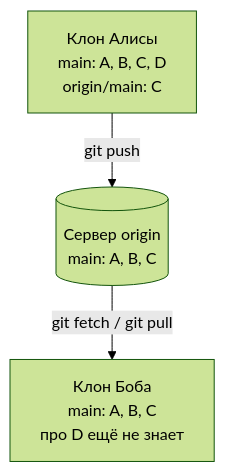
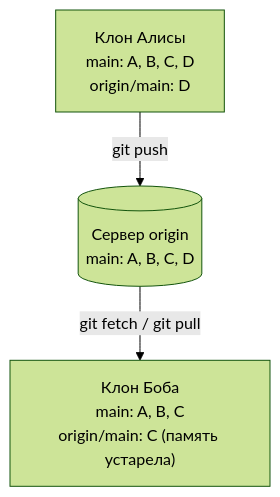
One commit to distinguished-sre/learning changed the first of 8 diagrams in devops/03-git-ci/02-remotes-workflow.md. Above: the diagram before and after it, drawn with Mermaid (forest theme). The commit also changed other lines of this file and 462 other files, not shown here.

````diff
--- a/devops/03-git-ci/02-remotes-workflow.md
+++ b/devops/03-git-ci/02-remotes-workflow.md
@@ -39,8 +39,8 @@
 ```mermaid
 flowchart TD
-    S[("Сервер origin<br>main: A, B, C")]
-    AL["Клон Алисы<br>main: A, B, C, D<br>origin/main: C"]
-    BO["Клон Боба<br>main: A, B, C<br>про D ещё не знает"]
+    S[("Сервер origin<br>main: A, B, C, D")]
+    AL["Клон Алисы<br>main: A, B, C, D<br>origin/main: D"]
+    BO["Клон Боба<br>main: A, B, C<br>origin/main: C (память устарела)"]
     AL -->|"git push"| S
     S -->|"git fetch / git pull"| BO
 ```
````
